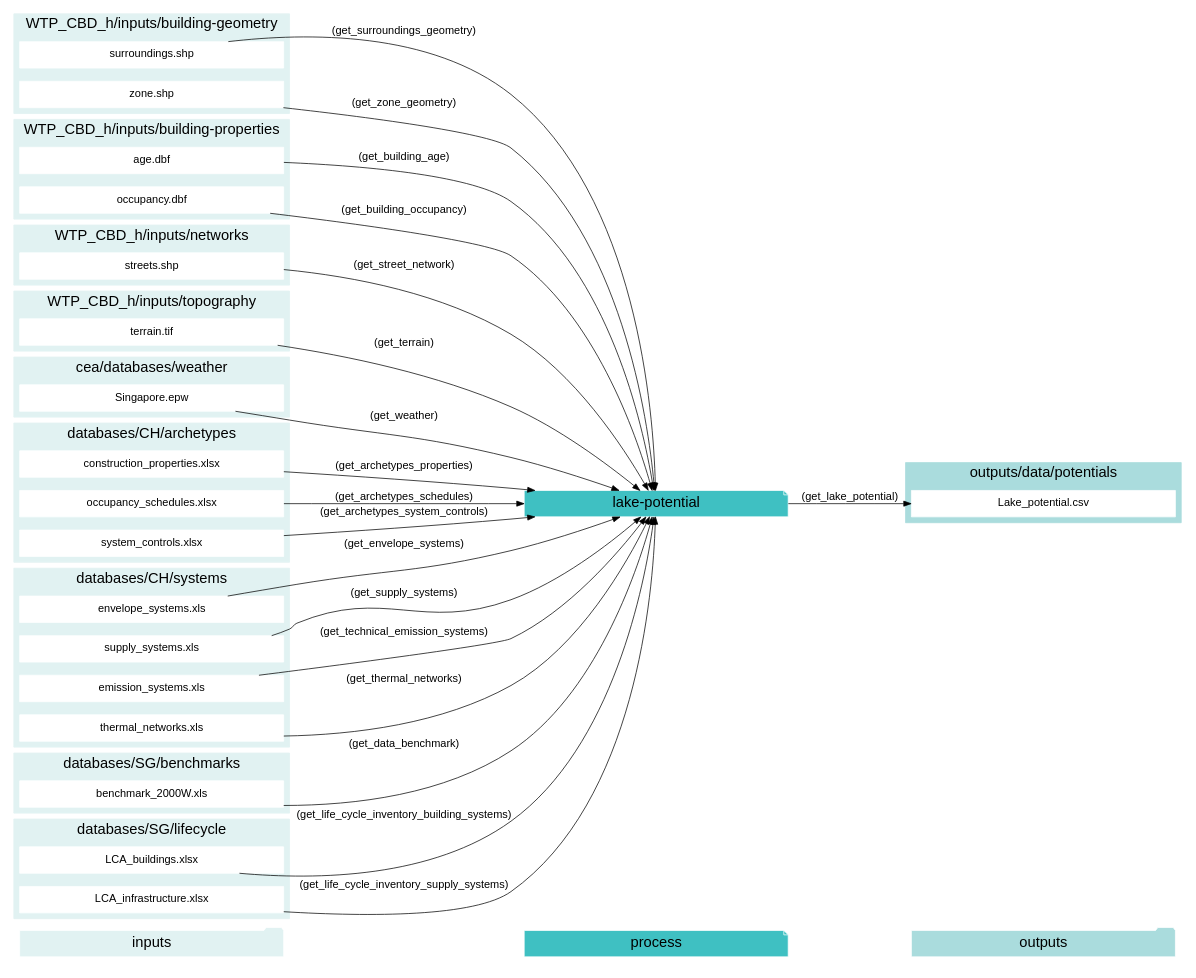
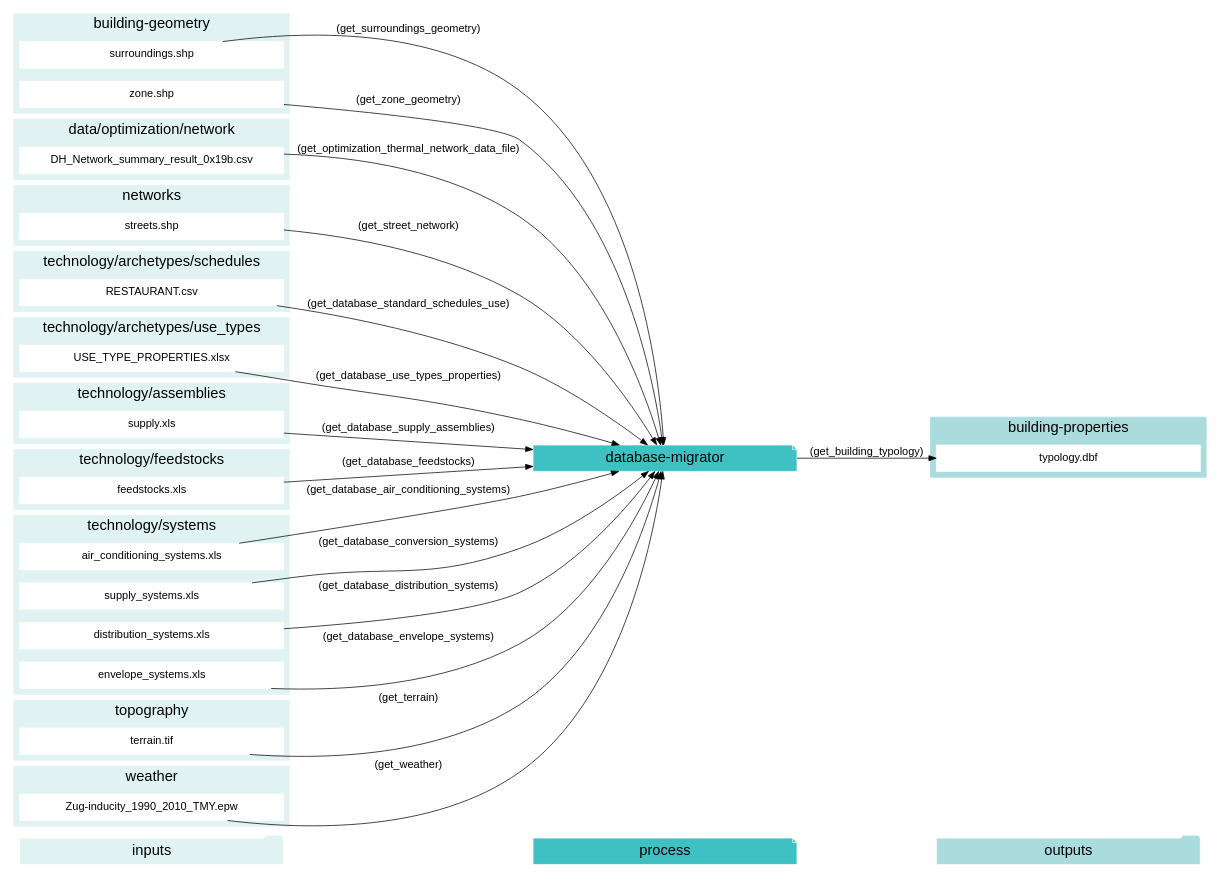
One commit to architecture-building-systems/CityEnergyAnalyst changed diagram 11 of 20 in docs/script-data-flow.rst. Above: the diagram before and after it, drawn with Graphviz. The commit also changed other lines of this file and 24 other files, not shown here.

```diff
--- a/docs/script-data-flow.rst
+++ b/docs/script-data-flow.rst
@@ -727,111 +1495,112 @@
     "inputs"->"process"[style=invis]
     "process"->"outputs"[style=invis]
     }
-    "lake-potential"[style=filled, color=white, fillcolor="#3FC0C2", shape=note, fontsize=20, fontname=arial];
+    "database-migrator"[style=filled, color=white, fillcolor="#3FC0C2", shape=note, fontsize=20, fontname=arial];
     subgraph cluster_0_in {
         style = filled;
         color = "#E1F2F2";
         fontsize = 20;
         rank=same;
-        label="WTP_CBD_h/inputs/building-geometry";
+        label="building-geometry";
         "surroundings.shp"
         "zone.shp"
     }
-    subgraph cluster_1_in {
+    subgraph cluster_1_out {
         style = filled;
-        color = "#E1F2F2";
+        color = "#aadcdd";
         fontsize = 20;
         rank=same;
-        label="WTP_CBD_h/inputs/building-properties";
-        "age.dbf"
-        "occupancy.dbf"
+        label="building-properties";
+        "typology.dbf"
     }
     subgraph cluster_2_in {
         style = filled;
         color = "#E1F2F2";
         fontsize = 20;
         rank=same;
-        label="WTP_CBD_h/inputs/networks";
-        "streets.shp"
+        label="data/optimization/network";
+        "DH_Network_summary_result_0x19b.csv"
     }
     subgraph cluster_3_in {
         style = filled;
         color = "#E1F2F2";
         fontsize = 20;
         rank=same;
-        label="WTP_CBD_h/inputs/topography";
-        "terrain.tif"
+        label="networks";
+        "streets.shp"
     }
     subgraph cluster_4_in {
         style = filled;
         color = "#E1F2F2";
         fontsize = 20;
         rank=same;
-        label="cea/databases/weather";
-        "Singapore.epw"
+        label="technology/archetypes/schedules";
+        "RESTAURANT.csv"
     }
     subgraph cluster_5_in {
         style = filled;
         color = "#E1F2F2";
         fontsize = 20;
         rank=same;
-        label="databases/CH/archetypes";
-        "construction_properties.xlsx"
-        "occupancy_schedules.xlsx"
-        "system_controls.xlsx"
+        label="technology/archetypes/use_types";
+        "USE_TYPE_PROPERTIES.xlsx"
     }
     subgraph cluster_6_in {
         style = filled;
         color = "#E1F2F2";
         fontsize = 20;
         rank=same;
-        label="databases/CH/systems";
-        "envelope_systems.xls"
-        "supply_systems.xls"
-        "emission_systems.xls"
-        "thermal_networks.xls"
+        label="technology/assemblies";
+        "supply.xls"
     }
     subgraph cluster_7_in {
         style = filled;
         color = "#E1F2F2";
         fontsize = 20;
         rank=same;
-        label="databases/SG/benchmarks";
-        "benchmark_2000W.xls"
+        label="technology/feedstocks";
+        "feedstocks.xls"
     }
     subgraph cluster_8_in {
         style = filled;
         color = "#E1F2F2";
         fontsize = 20;
         rank=same;
-        label="databases/SG/lifecycle";
-        "LCA_buildings.xlsx"
-        "LCA_infrastructure.xlsx"
+        label="technology/systems";
+        "air_conditioning_systems.xls"
+        "supply_systems.xls"
+        "distribution_systems.xls"
+        "envelope_systems.xls"
     }
-    subgraph cluster_9_out {
+    subgraph cluster_9_in {
         style = filled;
-        color = "#aadcdd";
+        color = "#E1F2F2";
         fontsize = 20;
         rank=same;
-        label="outputs/data/potentials";
-        "Lake_potential.csv"
+        label="topography";
+        "terrain.tif"
     }
-    "construction_properties.xlsx" -> "lake-potential"[label="(get_archetypes_properties)"]
-    "occupancy_schedules.xlsx" -> "lake-potential"[label="(get_archetypes_schedules)"]
-    "system_controls.xlsx" -> "lake-potential"[label="(get_archetypes_system_controls)"]
-    "age.dbf" -> "lake-potential"[label="(get_building_age)"]
-    "occupancy.dbf" -> "lake-potential"[label="(get_building_occupancy)"]
-    "benchmark_2000W.xls" -> "lake-potential"[label="(get_data_benchmark)"]
-    "surroundings.shp" -> "lake-potential"[label="(get_surroundings_geometry)"]
-    "envelope_systems.xls" -> "lake-potential"[label="(get_envelope_systems)"]
-    "LCA_buildings.xlsx" -> "lake-potential"[label="(get_life_cycle_inventory_building_systems)"]
-    "LCA_infrastructure.xlsx" -> "lake-potential"[label="(get_life_cycle_inventory_supply_systems)"]
-    "streets.shp" -> "lake-potential"[label="(get_street_network)"]
-    "supply_systems.xls" -> "lake-potential"[label="(get_supply_systems)"]
-    "emission_systems.xls" -> "lake-potential"[label="(get_technical_emission_systems)"]
-    "terrain.tif" -> "lake-potential"[label="(get_terrain)"]
-    "thermal_networks.xls" -> "lake-potential"[label="(get_thermal_networks)"]
-    "Singapore.epw" -> "lake-potential"[label="(get_weather)"]
-    "zone.shp" -> "lake-potential"[label="(get_zone_geometry)"]
-    "lake-potential" -> "Lake_potential.csv"[label="(get_lake_potential)"]
+    subgraph cluster_10_in {
+        style = filled;
+        color = "#E1F2F2";
+        fontsize = 20;
+        rank=same;
+        label="weather";
+        "Zug-inducity_1990_2010_TMY.epw"
     }
+    "air_conditioning_systems.xls" -> "database-migrator"[label="(get_database_air_conditioning_systems)"]
+    "supply_systems.xls" -> "database-migrator"[label="(get_database_conversion_systems)"]
+    "distribution_systems.xls" -> "database-migrator"[label="(get_database_distribution_systems)"]
+    "envelope_systems.xls" -> "database-migrator"[label="(get_database_envelope_systems)"]
+    "feedstocks.xls" -> "database-migrator"[label="(get_database_feedstocks)"]
+    "RESTAURANT.csv" -> "database-migrator"[label="(get_database_standard_schedules_use)"]
+    "supply.xls" -> "database-migrator"[label="(get_database_supply_assemblies)"]
+    "USE_TYPE_PROPERTIES.xlsx" -> "database-migrator"[label="(get_database_use_types_properties)"]
+    "DH_Network_summary_result_0x19b.csv" -> "database-migrator"[label="(get_optimization_thermal_network_data_file)"]
+    "streets.shp" -> "database-migrator"[label="(get_street_network)"]
+    "surroundings.shp" -> "database-migrator"[label="(get_surroundings_geometry)"]
+    "terrain.tif" -> "database-migrator"[label="(get_terrain)"]
+    "Zug-inducity_1990_2010_TMY.epw" -> "database-migrator"[label="(get_weather)"]
+    "zone.shp" -> "database-migrator"[label="(get_zone_geometry)"]
+    "database-migrator" -> "typology.dbf"[label="(get_building_typology)"]
+    }
```
